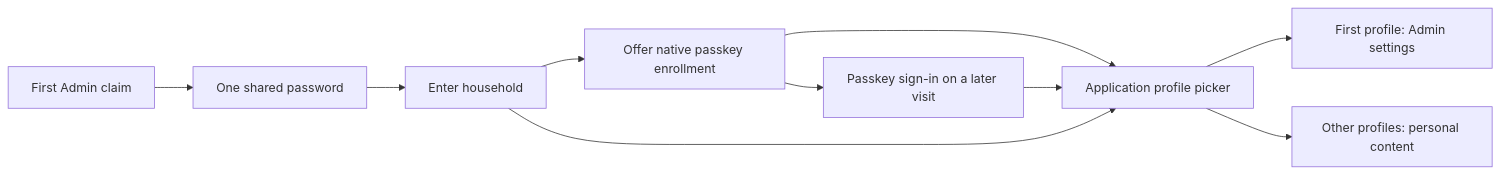
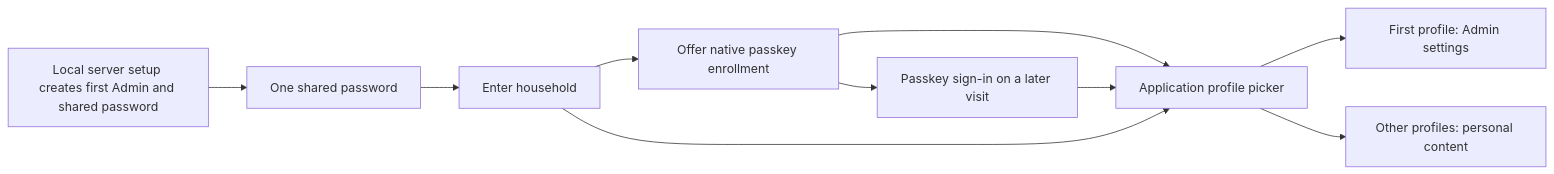
One commit to affromero/sidedoor changed the third of 5 diagrams in README.md. Above: the diagram before and after it, drawn with Mermaid. The commit also changed other lines of this file, not shown here.

Commit message:
docs: explain local household setup and reset

````diff
--- a/README.md
+++ b/README.md
@@ -170,12 +170,12 @@
 ```mermaid
 flowchart LR
-  Claim[First Admin claim] --> Gate[One shared password]
+  Setup[Local server setup creates first Admin and shared password] --> Gate[One shared password]
   Gate --> Entry[Enter household]
   Entry --> Save[Offer native passkey enrollment]
   Save --> Picker[Application profile picker]
   Entry --> Picker
   Save --> Later[Passkey sign-in on a later visit]
   Later --> Picker
   Picker --> Admin[First profile: Admin settings]
   Picker --> Member[Other profiles: personal content]
 ```
````
